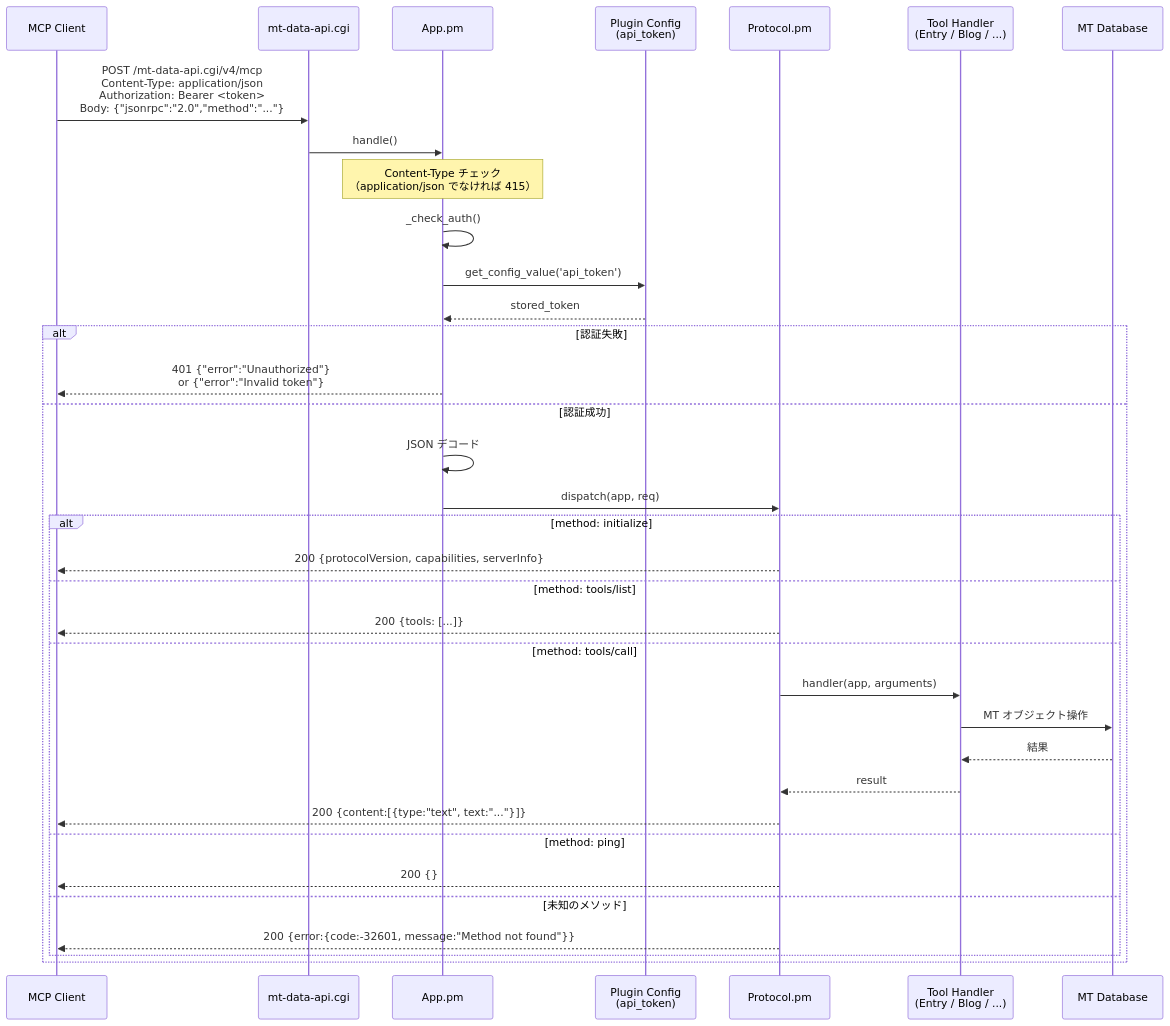
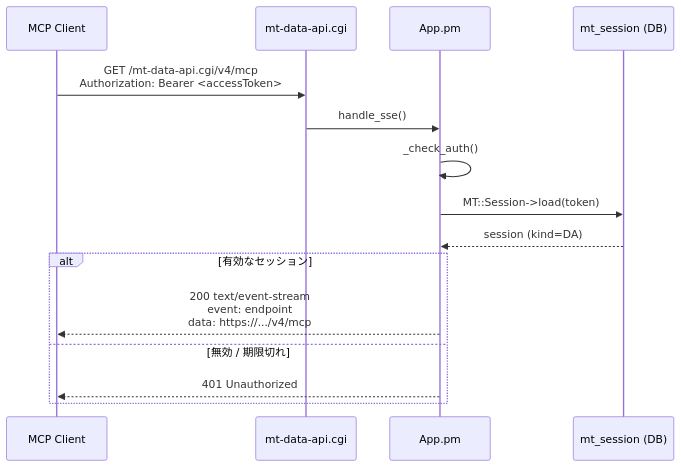
One commit to redamoon/mt-plugin-mcp changed the third of 4 diagrams in docs/architecture-auth.md. Above: the diagram before and after it, drawn with Mermaid. The commit also changed other lines of this file and 6 other files, not shown here.

````diff
--- a/docs/architecture-auth.md
+++ b/docs/architecture-auth.md
@@ -100,43 +89,19 @@
 ```mermaid
 sequenceDiagram
     participant C  as MCP Client
     participant MT as mt-data-api.cgi
     participant A  as App.pm
-    participant CF as Plugin Config<br/>(api_token)
-    participant P  as Protocol.pm
-    participant T  as Tool Handler<br/>(Entry / Blog / ...)
-    participant DB as MT Database
+    participant S  as mt_session (DB)
 
-    C->>MT: POST /mt-data-api.cgi/v4/mcp<br/>Content-Type: application/json<br/>Authorization: Bearer <token><br/>Body: {"jsonrpc":"2.0","method":"..."}
+    C->>MT: GET /mt-data-api.cgi/v4/mcp<br/>Authorization: Bearer <accessToken>
+    MT->>A: handle_sse()
+    A->>A: _check_auth()
+    A->>S: MT::Session->load(token)
+    S-->>A: session (kind=DA)
 
-    MT->>A: handle()
-
-    Note over A: Content-Type チェック<br/>（application/json でなければ 415）
-
-    A->>A: _check_auth()
-    A->>CF: get_config_value('api_token')
-    CF-->>A: stored_token
-
-    alt 認証失敗
-        A-->>C: 401 {"error":"Unauthorized"}<br/>or {"error":"Invalid token"}
-    else 認証成功
-        A->>A: JSON デコード
-        A->>P: dispatch(app, req)
-
-        alt method: initialize
-            P-->>C: 200 {protocolVersion, capabilities, serverInfo}
-        else method: tools/list
-            P-->>C: 200 {tools: [...]}
-        else method: tools/call
-            P->>T: handler(app, arguments)
-            T->>DB: MT オブジェクト操作
-            DB-->>T: 結果
-            T-->>P: result
-            P-->>C: 200 {content:[{type:"text", text:"..."}]}
-        else method: ping
-            P-->>C: 200 {}
-        else 未知のメソッド
-            P-->>C: 200 {error:{code:-32601, message:"Method not found"}}
-        end
+    alt 有効なセッション
+        A-->>C: 200 text/event-stream<br/>event: endpoint<br/>data: https://.../v4/mcp
+    else 無効 / 期限切れ
+        A-->>C: 401 Unauthorized
     end
 ```
````
